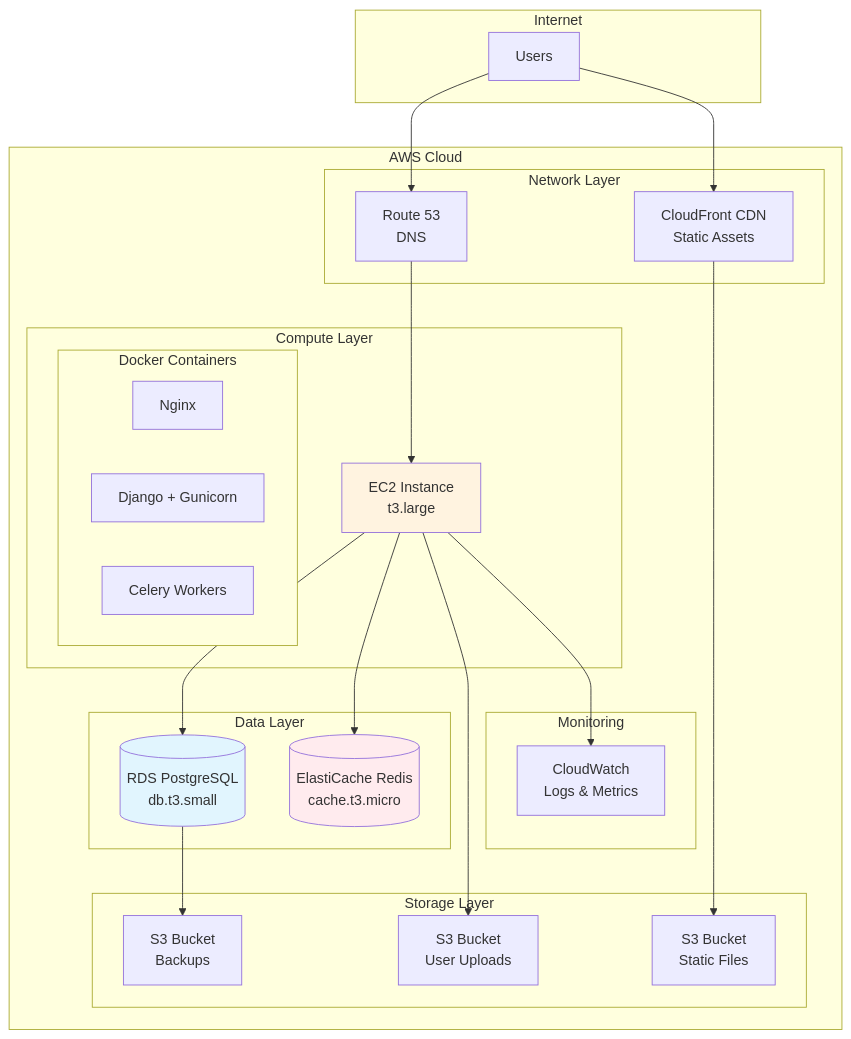
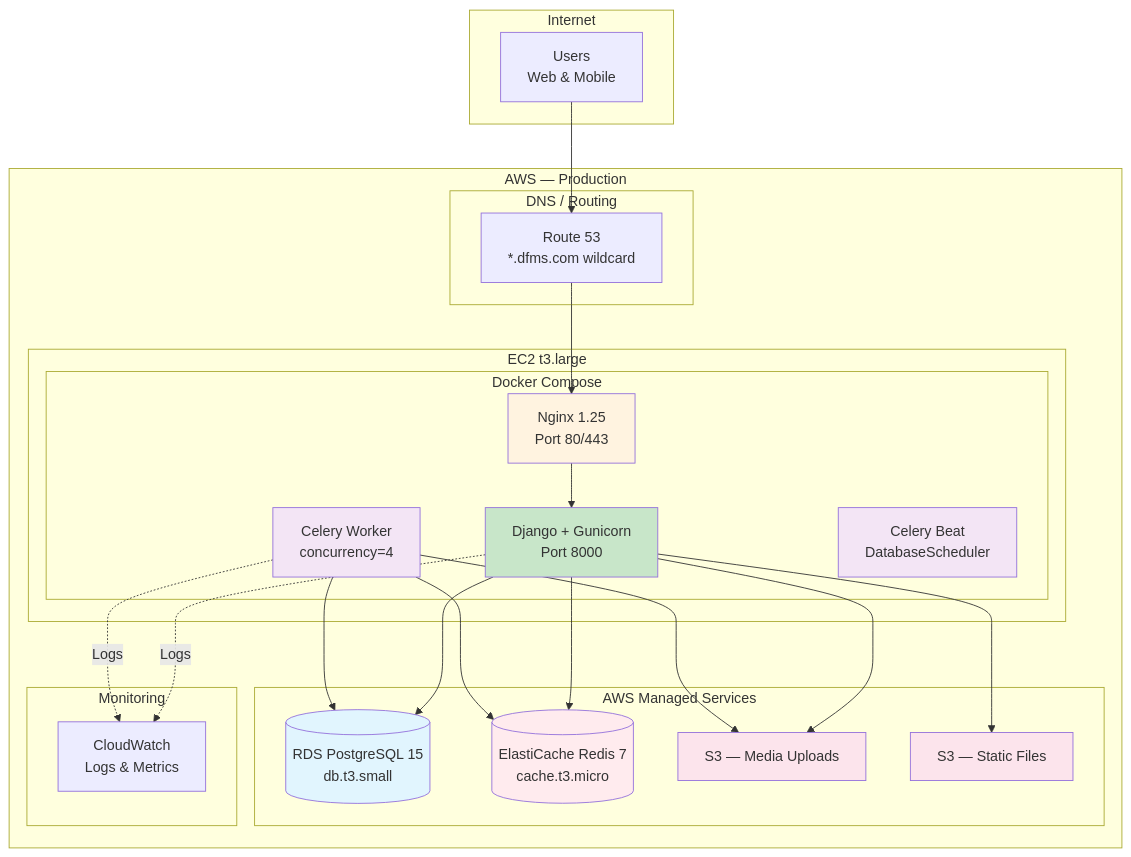
One commit to sbu-europe/dfms-naming-campaign changed the seventh of 9 diagrams in 04-architecture/04-backend/diagrams/architecture-overview.md. Above: the diagram before and after it, drawn with Mermaid. The commit also changed other lines of this file and 5 other files, not shown here.

First line of the commit message:
docs(architecture): update diagrams and overview to reflect Phase 1 implementation

````diff
--- a/04-architecture/04-backend/diagrams/architecture-overview.md
+++ b/04-architecture/04-backend/diagrams/architecture-overview.md
@@ -218,53 +333,54 @@
 ```mermaid
 graph TB
     subgraph "Internet"
-        USERS[Users]
+        USERS[Users<br/>Web & Mobile]
     end
 
-    subgraph "AWS Cloud"
-        subgraph "Network Layer"
-            R53[Route 53<br/>DNS]
-            CF[CloudFront CDN<br/>Static Assets]
-        end
-
-        subgraph "Compute Layer"
-            EC2[EC2 Instance<br/>t3.large]
-            subgraph "Docker Containers"
-                NGINX_C[Nginx]
-                DJANGO_C[Django + Gunicorn]
-                CELERY_C[Celery Workers]
+    subgraph "AWS — Production"
+        subgraph "EC2 t3.large"
+            subgraph "Docker Compose"
+                NGINX_C[Nginx 1.25<br/>Port 80/443]
+                DJANGO_C[Django + Gunicorn<br/>Port 8000]
+                CELERY_C[Celery Worker<br/>concurrency=4]
+                BEAT_C[Celery Beat<br/>DatabaseScheduler]
             end
         end
 
-        subgraph "Data Layer"
-            RDS[(RDS PostgreSQL<br/>db.t3.small)]
-            ELASTICACHE[(ElastiCache Redis<br/>cache.t3.micro)]
+        subgraph "AWS Managed Services"
+            RDS[(RDS PostgreSQL 15<br/>db.t3.small)]
+            ELASTICACHE[(ElastiCache Redis 7<br/>cache.t3.micro)]
+            S3_MEDIA[S3 — Media Uploads]
+            S3_STATIC[S3 — Static Files]
         end
 
-        subgraph "Storage Layer"
-            S3_STATIC[S3 Bucket<br/>Static Files]
-            S3_MEDIA[S3 Bucket<br/>User Uploads]
-            S3_BACKUP[S3 Bucket<br/>Backups]
+        subgraph "DNS / Routing"
+            R53[Route 53<br/>*.dfms.com wildcard]
         end
 
         subgraph "Monitoring"
             CW[CloudWatch<br/>Logs & Metrics]
         end
     end
 
     USERS --> R53
-    R53 --> EC2
-    USERS --> CF
-    CF --> S3_STATIC
+    R53 --> NGINX_C
+    NGINX_C --> DJANGO_C
+    DJANGO_C --> RDS
+    DJANGO_C --> ELASTICACHE
+    DJANGO_C --> S3_MEDIA
+    DJANGO_C --> S3_STATIC
+    CELERY_C --> RDS
+    CELERY_C --> ELASTICACHE
+    CELERY_C --> S3_MEDIA
+    DJANGO_C -.->|Logs| CW
+    CELERY_C -.->|Logs| CW
 
-    EC2 --> RDS
-    EC2 --> ELASTICACHE
-    EC2 --> S3_MEDIA
-    EC2 --> CW
-
-    RDS --> S3_BACKUP
-
-    style EC2 fill:#fff3e0
+    style NGINX_C fill:#fff3e0
+    style DJANGO_C fill:#c8e6c9
+    style CELERY_C fill:#f3e5f5
+    style BEAT_C fill:#f3e5f5
     style RDS fill:#e1f5fe
     style ELASTICACHE fill:#ffebee
+    style S3_MEDIA fill:#fce4ec
+    style S3_STATIC fill:#fce4ec
 ```
````
